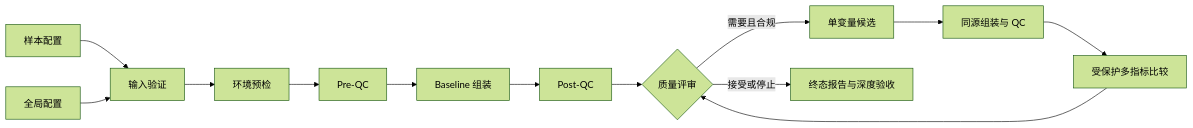
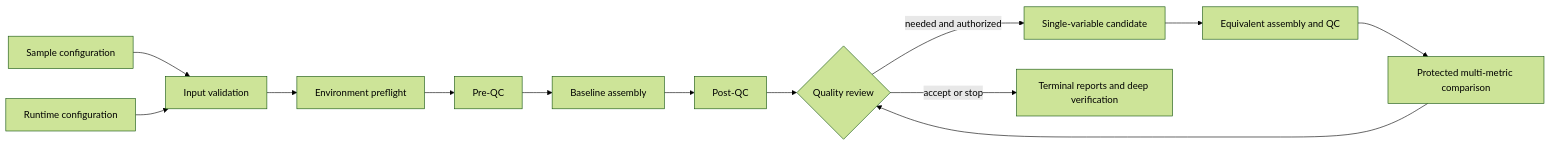
Before and after one commit to mysilicons/HiFiAgent: the diagram in README.md, drawn with Mermaid (forest theme). The commit also changed other lines of this file and 29 other files, not shown here.

````diff
--- a/README.md
+++ b/README.md
@@ -45,15 +50,15 @@
 ```mermaid
 flowchart LR
-    S[样本配置] --> V[输入验证]
-    R[全局配置] --> V
-    V --> E[环境预检]
+    S[Sample configuration] --> V[Input validation]
+    R[Runtime configuration] --> V
+    V --> E[Environment preflight]
     E --> Q1[Pre-QC]
-    Q1 --> A[Baseline 组装]
+    Q1 --> A[Baseline assembly]
     A --> Q2[Post-QC]
-    Q2 --> D{质量评审}
-    D -->|需要且合规| C[单变量候选]
-    C --> A2[同源组装与 QC]
-    A2 --> M[受保护多指标比较]
+    Q2 --> D{Quality review}
+    D -->|needed and authorized| C[Single-variable candidate]
+    C --> A2[Equivalent assembly and QC]
+    A2 --> M[Protected multi-metric comparison]
     M --> D
-    D -->|接受或停止| T[终态报告与深度验收]
+    D -->|accept or stop| T[Terminal reports and deep verification]
 ```
````
